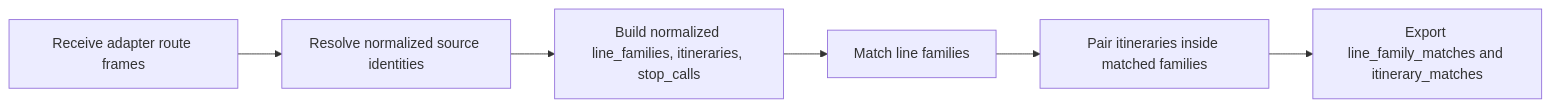
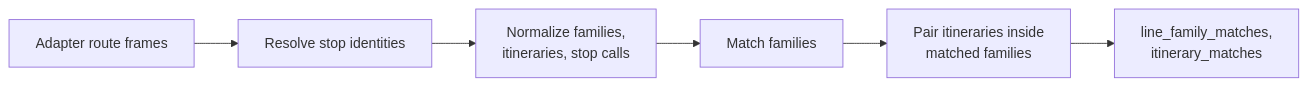
Before and after one commit to openTdataCH/osm-public-transport-matcher: the diagram in documentation/3.2 Route-Route Matching.md, drawn with Mermaid. The commit also changed other lines of this file and 31 other files, not shown here.

````diff
--- a/documentation/3.2 Route-Route Matching.md
+++ b/documentation/3.2 Route-Route Matching.md
@@ -14,8 +5,8 @@
 ```mermaid
 flowchart LR
-   A[Receive adapter route frames] --> B[Resolve normalized source identities]
-   B --> C[Build normalized line_families, itineraries, stop_calls]
-   C --> D[Match line families]
-   D --> E[Pair itineraries inside matched families]
-   E --> F[Export line_family_matches and itinerary_matches]
+    A["Adapter route frames"] --> B["Resolve stop identities"]
+    B --> C["Normalize families,<br/>itineraries, stop calls"]
+    C --> D["Match families"]
+    D --> E["Pair itineraries inside<br/>matched families"]
+    E --> F["line_family_matches,<br/>itinerary_matches"]
 ```
````
